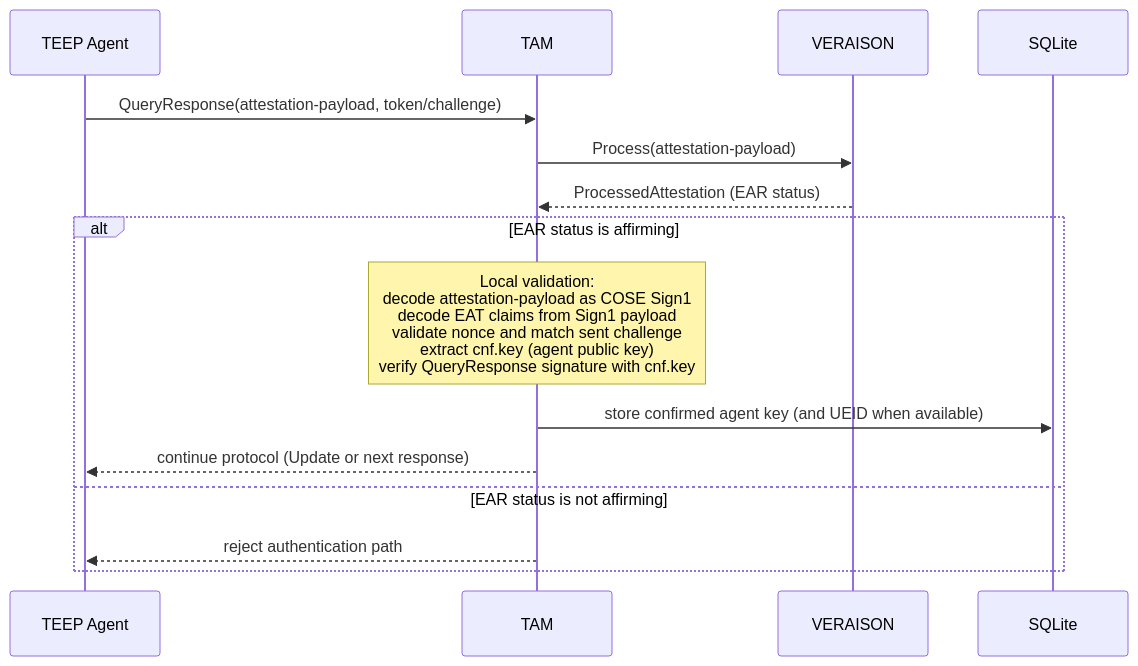
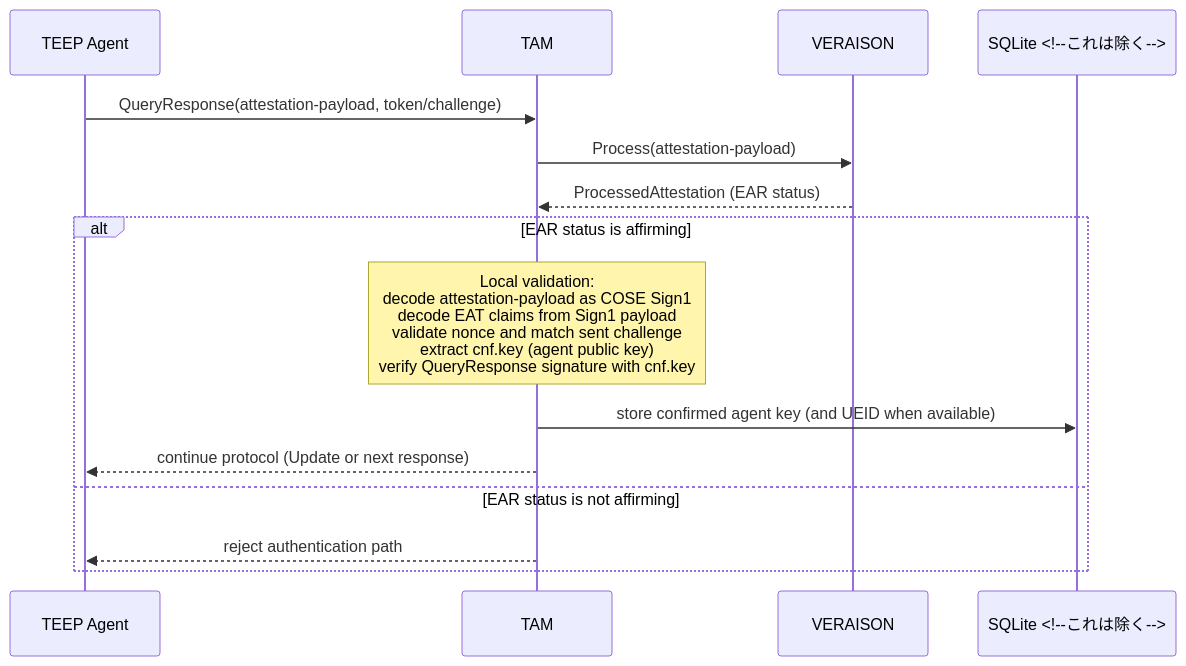
Before and after one commit to kentakayama/AttesTAM: the seventh of 10 diagrams in doc/TEEP_MESSAGE_HANDLE.md, drawn with Mermaid. The commit also changed other lines of this file and 17 other files, not shown here.

````diff
--- a/doc/TEEP_MESSAGE_HANDLE.md
+++ b/doc/TEEP_MESSAGE_HANDLE.md
@@ -101,18 +101,18 @@
 ```mermaid
 sequenceDiagram
     participant Agent as TEEP Agent
     participant TAM as TAM
     participant V as VERAISON
-    participant DB as SQLite
+    participant DB as SQLite <!--これは除く-->
 
     Agent->>TAM: QueryResponse(attestation-payload, token/challenge)
     TAM->>V: Process(attestation-payload)
     V-->>TAM: ProcessedAttestation (EAR status)
     alt EAR status is affirming
         note over TAM: Local validation:<br/>decode attestation-payload as COSE Sign1<br/>decode EAT claims from Sign1 payload<br/>validate nonce and match sent challenge<br/>extract cnf.key (agent public key)<br/>verify QueryResponse signature with cnf.key
         TAM->>DB: store confirmed agent key (and UEID when available)
         TAM-->>Agent: continue protocol (Update or next response)
     else EAR status is not affirming
         TAM-->>Agent: reject authentication path
     end
 ```
````
